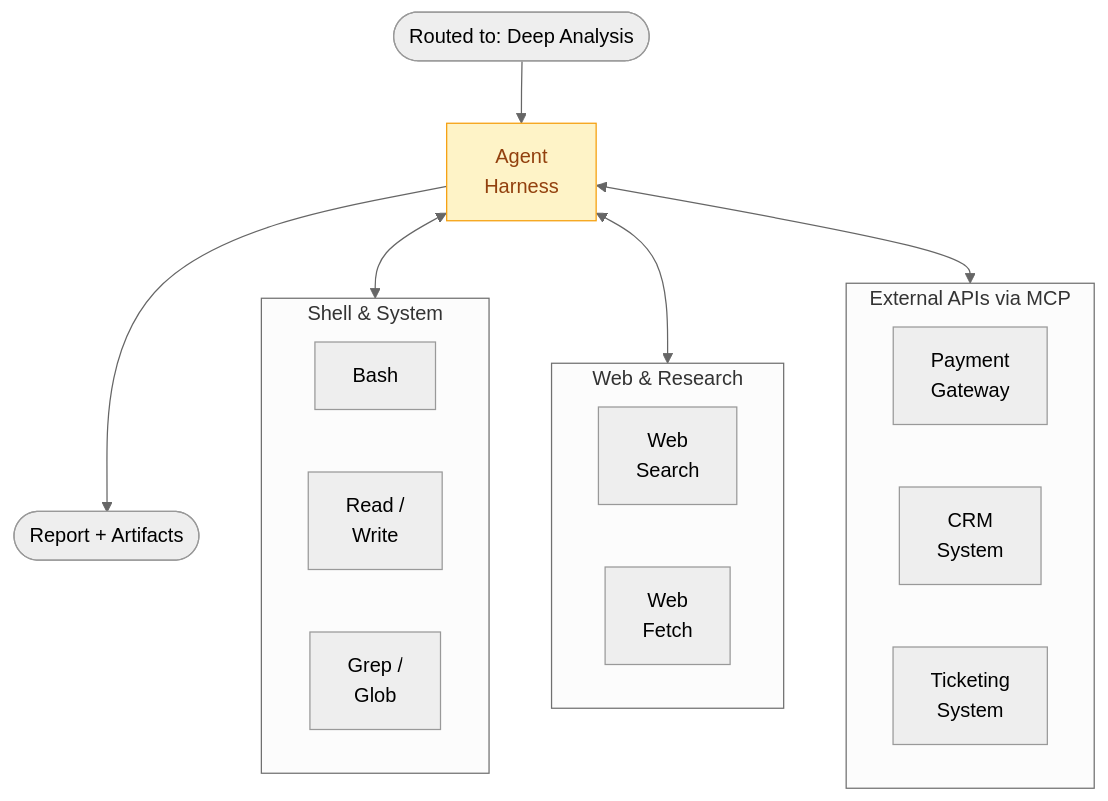
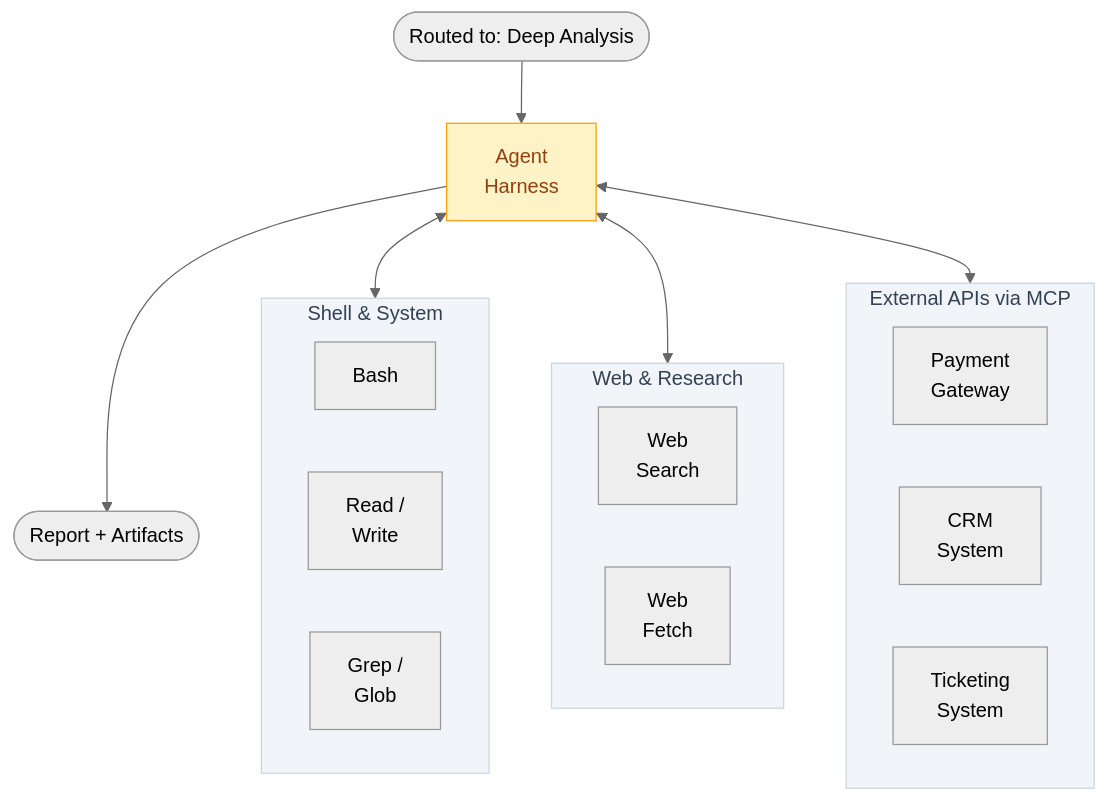
Before and after one commit to daveebbelaar/ai-cookbook: the fourth of 6 diagrams in agents/agent-complexity/README.md, drawn with Mermaid (neutral theme).

Commit message:
Enhance flowchart styling in README.md by adding consistent styles for SHELL, RESEARCH, and APIS elements to improve visual coherence.

````diff
--- a/agents/agent-complexity/README.md
+++ b/agents/agent-complexity/README.md
@@ -76,32 +76,36 @@
 ```mermaid
 flowchart TB
     ROUTE(["Routed to: Deep Analysis"]) --> HARNESS["Agent<br>Harness"]:::harness
 
     subgraph SHELL ["Shell & System"]
         direction LR
         BASH["Bash"]
         READ["Read /<br>Write"]
         GREP["Grep /<br>Glob"]
     end
 
     subgraph RESEARCH ["Web & Research"]
         direction LR
         SEARCH["Web<br>Search"]
         FETCH["Web<br>Fetch"]
     end
 
     subgraph APIS ["External APIs via MCP"]
         direction LR
         GATEWAY["Payment<br>Gateway"]
         CRM["CRM<br>System"]
         TICKETS["Ticketing<br>System"]
     end
 
     HARNESS <--> SHELL
     HARNESS <--> RESEARCH
     HARNESS <--> APIS
 
     HARNESS --> RESULT(["Report + Artifacts"])
 
     classDef harness fill:#fef3c7,stroke:#f59e0b,color:#92400e
+
+    style SHELL fill:#f1f5f9,stroke:#cbd5e1,color:#334155
+    style RESEARCH fill:#f1f5f9,stroke:#cbd5e1,color:#334155
+    style APIS fill:#f1f5f9,stroke:#cbd5e1,color:#334155
 ```
````
